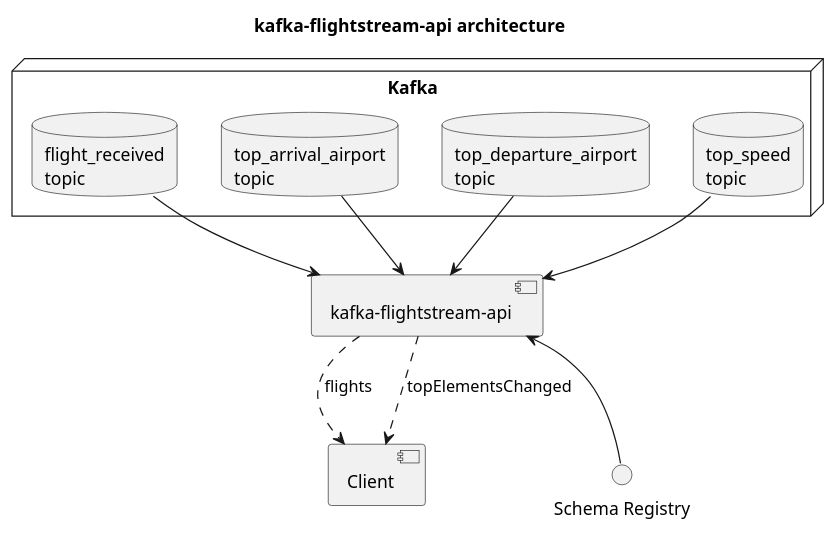
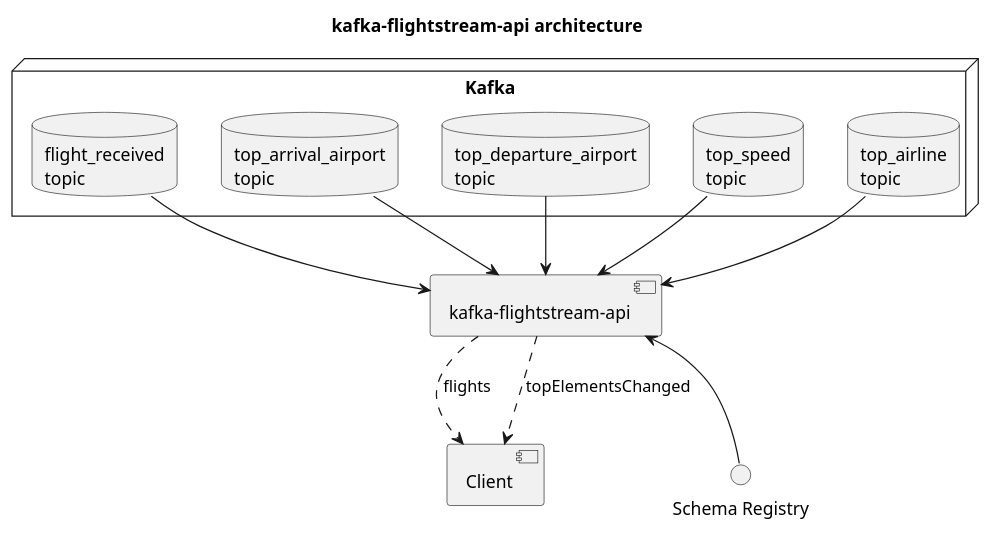
Before and after one commit to bitrockteam/kafka-dvs-api: the diagram in docs/diagram.puml, drawn with PlantUML. The commit also changed 13 other files, not shown here.

Commit message:
added top airline handling

```diff
--- a/docs/diagram.puml
+++ b/docs/diagram.puml
@@ -1,23 +1,25 @@
 @startuml
 title kafka-flightstream-api architecture
 
 [kafka-flightstream-api] as API
 [Client] as client
 
 interface "Schema Registry" as SchemaRegistry
 
 node Kafka {
     database "flight_received\ntopic" as FlightTopic
     database "top_arrival_airport\ntopic" as ArrivalAirportTopic
     database "top_departure_airport\ntopic" as DepartureAirportTopic
     database "top_speed\ntopic" as SpeedTopic
+    database "top_airline\ntopic" as AirlineTopic
 }
 
 FlightTopic --> API
 ArrivalAirportTopic --> API
 DepartureAirportTopic --> API
 SpeedTopic --> API
+AirlineTopic --> API
 API <-- SchemaRegistry
 API ..> client : flights
 API ..> client : topElementsChanged
 @enduml
```
